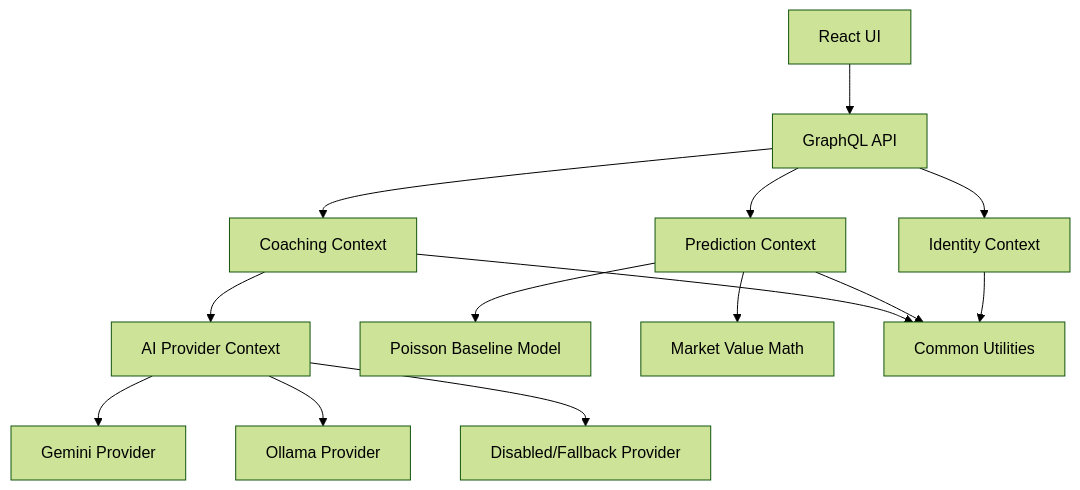
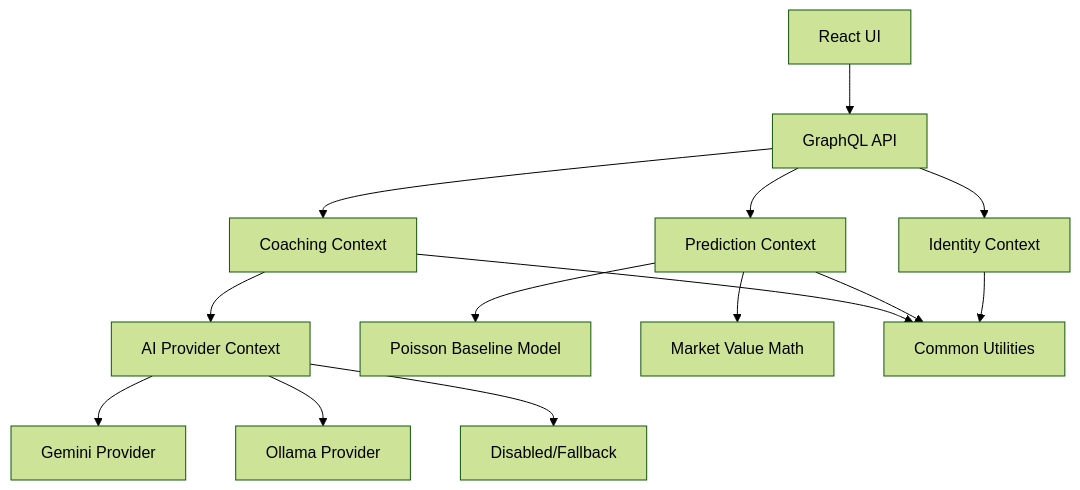
Before and after one commit to ando7555/ai-coach: the diagram in docs/articles/DDD_SOLID_MODULAR_ARCHITECTURE_LINKEDIN.md, drawn with Mermaid (forest theme). The commit also changed other lines of this file and 1 other file, not shown here.

````diff
--- a/docs/articles/DDD_SOLID_MODULAR_ARCHITECTURE_LINKEDIN.md
+++ b/docs/articles/DDD_SOLID_MODULAR_ARCHITECTURE_LINKEDIN.md
@@ -65,19 +76,19 @@
 ```mermaid
 flowchart TD
   UI["React UI"] --> GQL["GraphQL API"]
   GQL --> Coaching["Coaching Context"]
   GQL --> Prediction["Prediction Context"]
   GQL --> Identity["Identity Context"]
 
   Coaching --> AiProvider["AI Provider Context"]
   AiProvider --> Gemini["Gemini Provider"]
   AiProvider --> Ollama["Ollama Provider"]
-  AiProvider --> Disabled["Disabled/Fallback Provider"]
+  AiProvider --> Disabled["Disabled/Fallback"]
 
   Prediction --> Model["Poisson Baseline Model"]
   Prediction --> Market["Market Value Math"]
 
   Coaching --> Common["Common Utilities"]
   Prediction --> Common
   Identity --> Common
 ```
````
